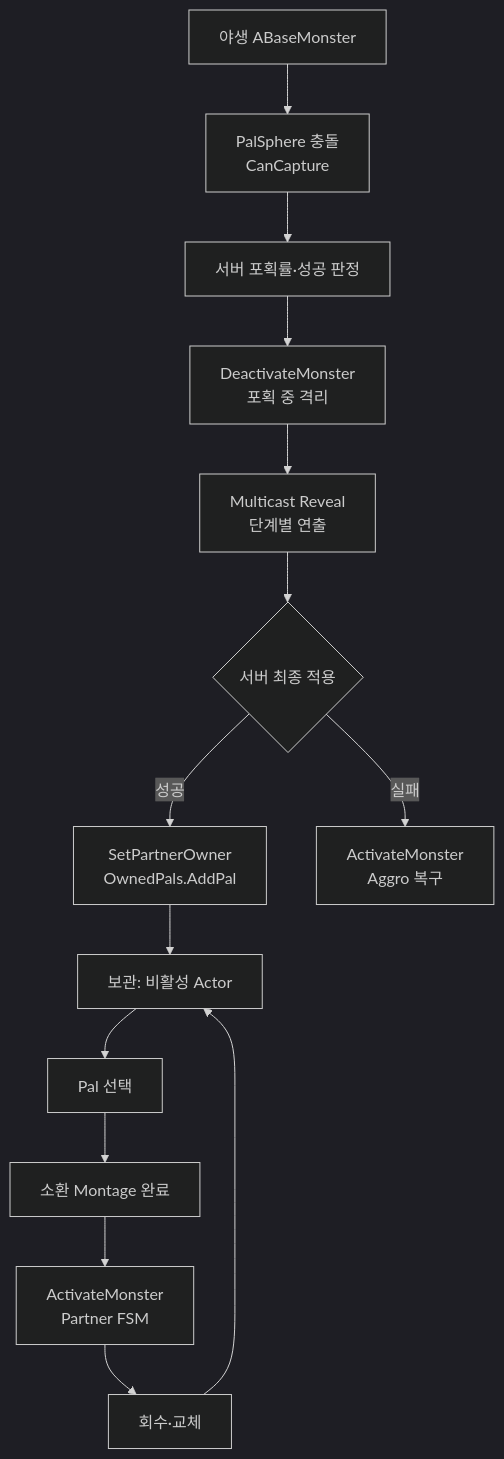
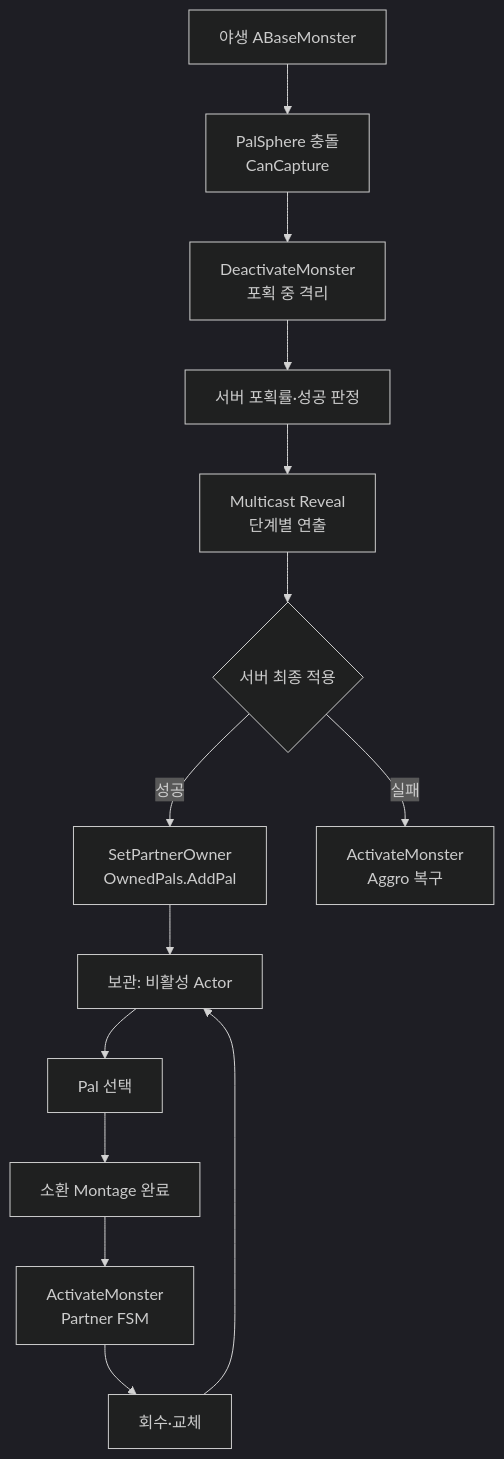
The first of 2 diagrams in Doc/Wiki/08_Pal_Capture_Partner_Lifecycle.md (chungheonLee0325/Sonheim), drawn with Mermaid (dark theme) before and after one commit.

Commit message:
docs: match Pal capture diagram to deactivate-before-roll execution order

```diff
--- a/Doc/Wiki/08_Pal_Capture_Partner_Lifecycle.md
+++ b/Doc/Wiki/08_Pal_Capture_Partner_Lifecycle.md
@@ -38,16 +38,16 @@
 ~~~mermaid
 flowchart TB
     WILD["야생 ABaseMonster"] --> SPHERE["PalSphere 충돌<br/>CanCapture"]
-    SPHERE --> ROLL["서버 포획률·성공 판정"]
-    ROLL --> DEACT["DeactivateMonster<br/>포획 중 격리"]
-    DEACT --> REVEAL["Multicast Reveal<br/>단계별 연출"]
+    SPHERE --> DEACT["DeactivateMonster<br/>포획 중 격리"]
+    DEACT --> ROLL["서버 포획률·성공 판정"]
+    ROLL --> REVEAL["Multicast Reveal<br/>단계별 연출"]
     REVEAL --> OUTCOME{"서버 최종 적용"}
     OUTCOME -->|"성공"| OWNER["SetPartnerOwner<br/>OwnedPals.AddPal"]
     OUTCOME -->|"실패"| RESTORE["ActivateMonster<br/>Aggro 복구"]
     OWNER --> STORED["보관: 비활성 Actor"]
     STORED --> SELECT["Pal 선택"]
     SELECT --> SUMMON["소환 Montage 완료"]
     SUMMON --> ACTIVE["ActivateMonster<br/>Partner FSM"]
     ACTIVE --> RECALL["회수·교체"]
     RECALL --> STORED
 ~~~
```
